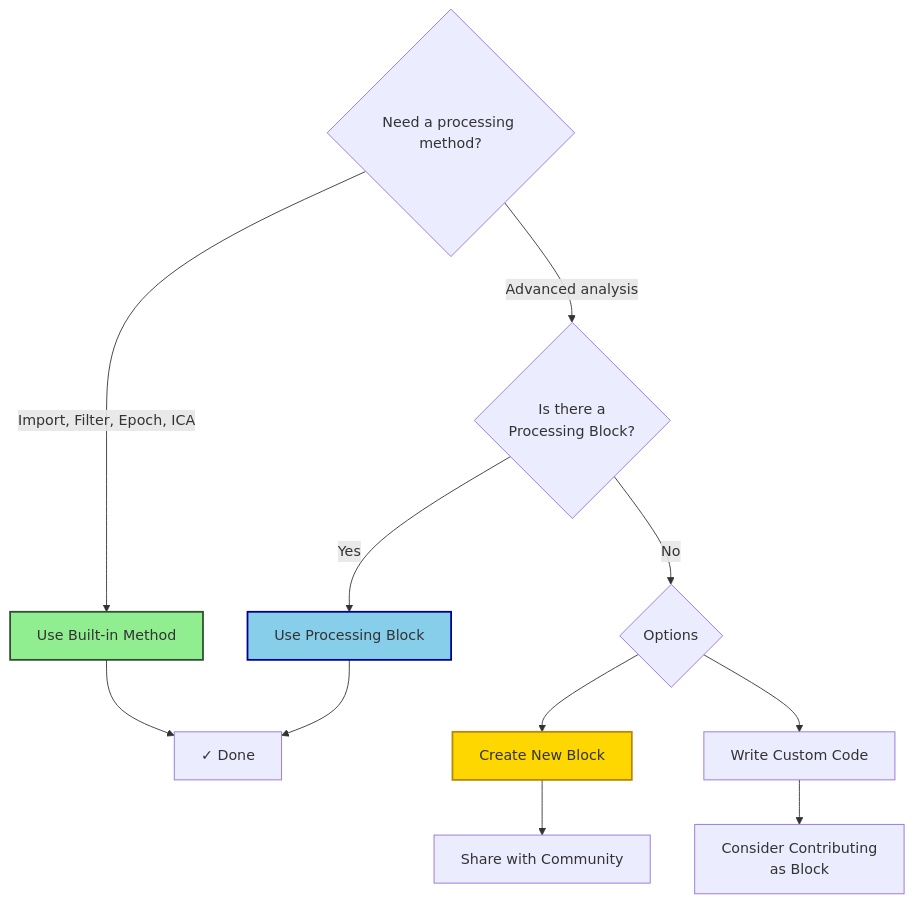
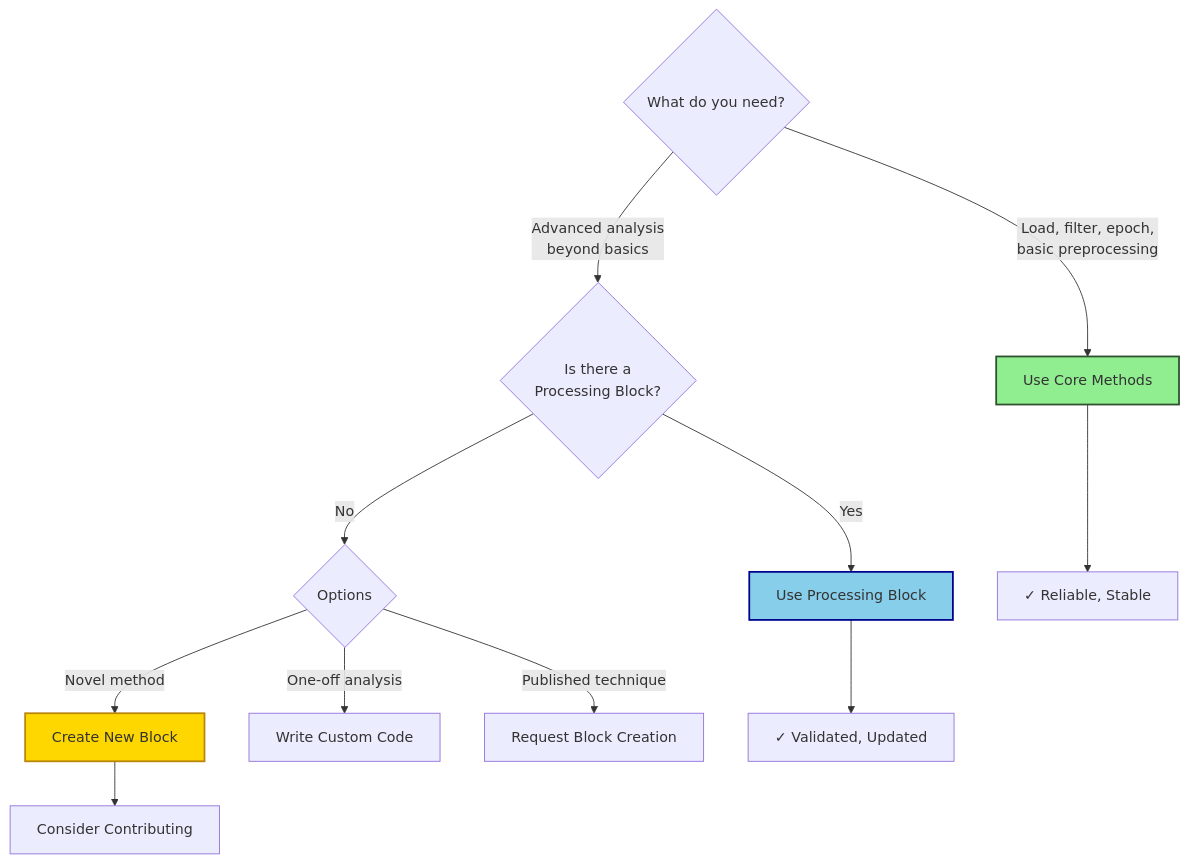
Before and after one commit to cincibrainlab/autocleaneeg_docs: the second of 2 diagrams in processing-blocks/introduction.mdx, drawn with Mermaid. The commit also changed other lines of this file and 3 other files, not shown here.

````diff
--- a/processing-blocks/introduction.mdx
+++ b/processing-blocks/introduction.mdx
@@ -355,22 +326,22 @@
 ```mermaid
 graph TD
-    Start{Need a processing method?}
+    Start{What do you need?}
 
-    Start -->|Import, Filter, Epoch, ICA| Builtin[Use Built-in Method]
-    Start -->|Advanced analysis| CheckBlock{Is there a<br/>Processing Block?}
+    Start -->|Load, filter, epoch,<br/>basic preprocessing| Core[Use Core Methods]
+    Start -->|Advanced analysis<br/>beyond basics| Check{Is there a<br/>Processing Block?}
 
-    CheckBlock -->|Yes| UseBlock[Use Processing Block]
-    CheckBlock -->|No| Options{Options}
+    Check -->|Yes| Block[Use Processing Block]
+    Check -->|No| Consider{Options}
 
-    Options --> CreateBlock[Create New Block]
-    Options --> CustomCode[Write Custom Code]
+    Consider -->|Novel method| Create[Create New Block]
+    Consider -->|One-off analysis| Custom[Write Custom Code]
+    Consider -->|Published technique| Request[Request Block Creation]
 
-    Builtin --> Done[✓ Done]
-    UseBlock --> Done
-    CreateBlock --> Share[Share with Community]
-    CustomCode --> Consider[Consider Contributing<br/>as Block]
+    Core --> Done[✓ Reliable, Stable]
+    Block --> Done2[✓ Validated, Updated]
+    Create --> Share[Consider Contributing]
 
-    style Builtin fill:#90EE90,stroke:#2F4F2F,stroke-width:2px
-    style UseBlock fill:#87CEEB,stroke:#00008B,stroke-width:2px
-    style CreateBlock fill:#FFD700,stroke:#B8860B,stroke-width:2px
+    style Core fill:#90EE90,stroke:#2F4F2F,stroke-width:2px
+    style Block fill:#87CEEB,stroke:#00008B,stroke-width:2px
+    style Create fill:#FFD700,stroke:#B8860B,stroke-width:2px
 ```
````
